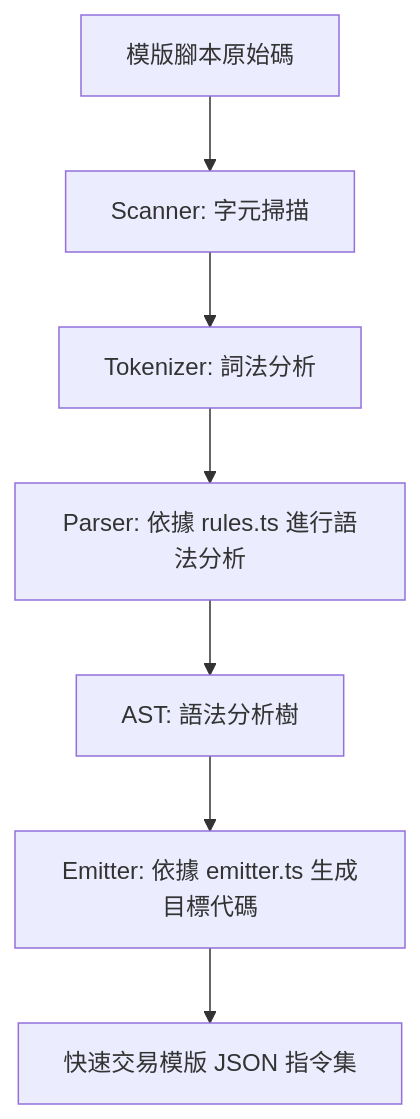
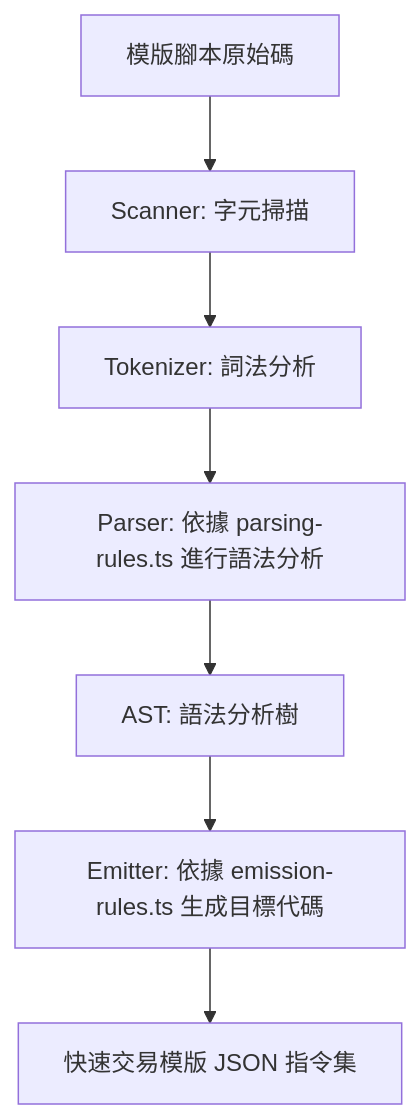
One commit to junxiangzhan/template-script-transpiler changed the diagram in readme.md. Above: the diagram before and after it, drawn with Mermaid. The commit also changed other lines of this file, not shown here.

````diff
--- a/readme.md
+++ b/readme.md
@@ -42,9 +44,9 @@
 ```mermaid
 graph TD
     Source[模版腳本原始碼] --> Scanner[Scanner: 字元掃描]
     Scanner --> Tokenizer[Tokenizer: 詞法分析]
-    Tokenizer --> Parser[Parser: 依據 rules.ts 進行語法分析]
+    Tokenizer --> Parser[Parser: 依據 parsing-rules.ts 進行語法分析]
     Parser --> AST[AST: 語法分析樹]
-    AST --> Emitter[Emitter: 依據 emitter.ts 生成目標代碼]
+    AST --> Emitter[Emitter: 依據 emission-rules.ts 生成目標代碼]
     Emitter --> JSON[快速交易模版 JSON 指令集]
 ```
````
